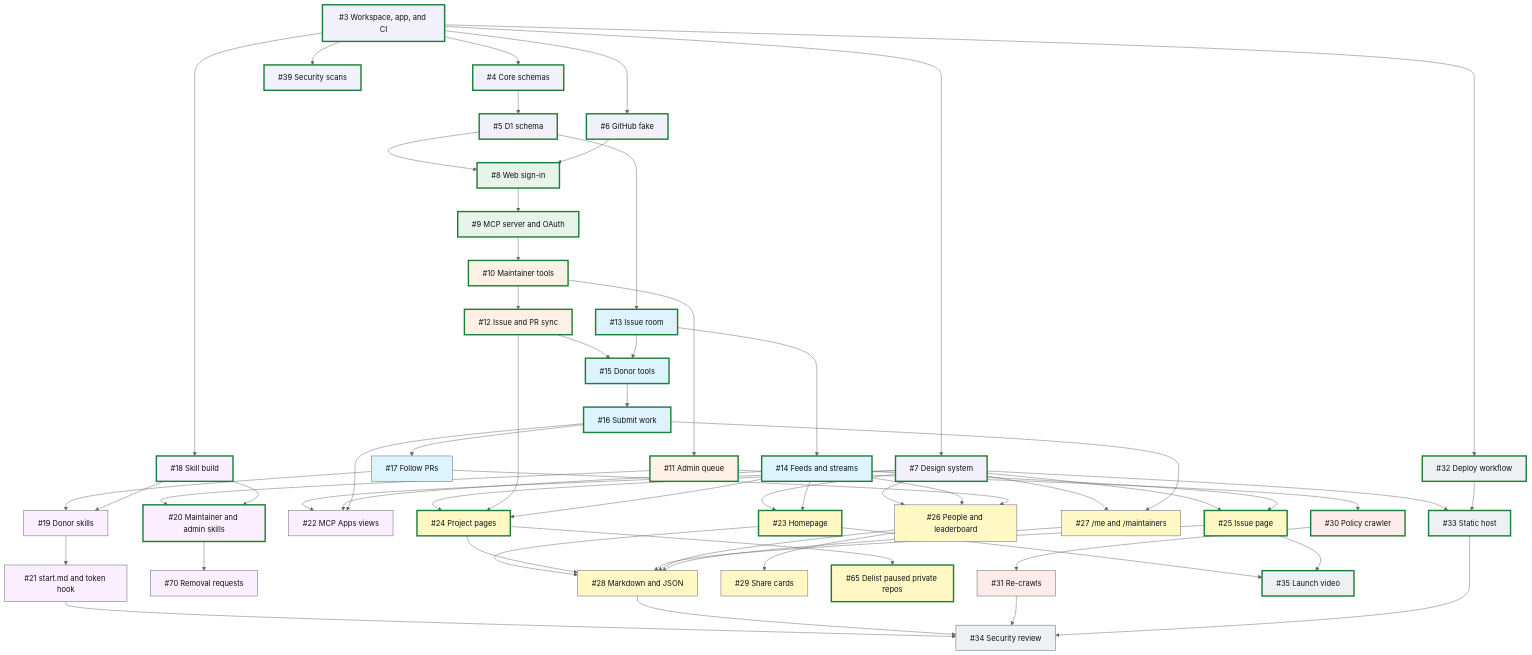
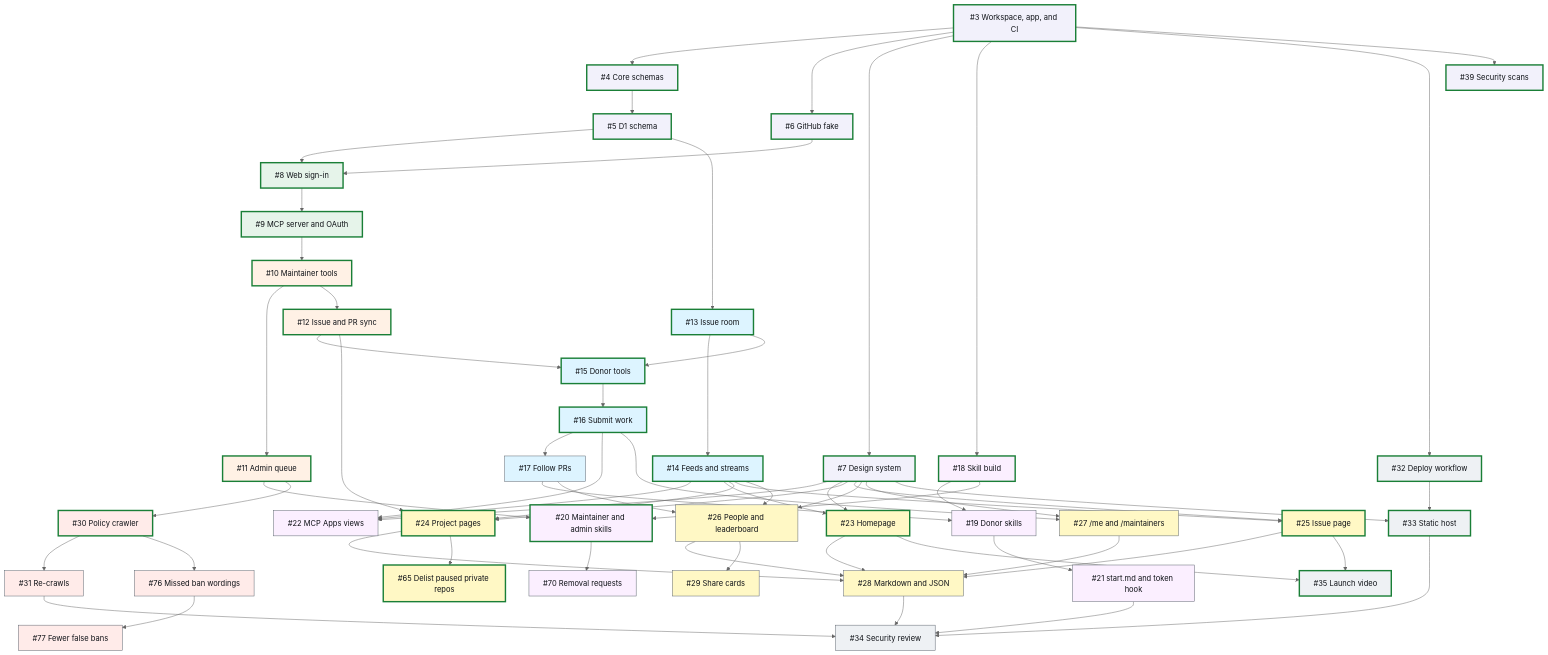
Before and after one commit to meanwhileso/goodfirsttoken: the diagram in ROADMAP.md, drawn with Mermaid (neutral theme). The commit also changed other lines of this file, not shown here.

Commit message:
Add the crawler's follow-ups to the roadmap
- #76 catches the ban wordings the reviews of this PR found that the rules
  miss, and a person-written rule wrapped over two lines.
- #77 reads fewer welcoming policies as bans, after #76.

```diff
--- a/ROADMAP.md
+++ b/ROADMAP.md
@@ -156,6 +158,8 @@
   n65["#65 Delist paused private repos"]:::m6
   n30["#30 Policy crawler"]:::m7
   n31["#31 Re-crawls"]:::m7
+  n76["#76 Missed ban wordings"]:::m7
+  n77["#77 Fewer false bans"]:::m7
   n32["#32 Deploy workflow"]:::m8
   n33["#33 Static host"]:::m8
   n34["#34 Security review"]:::m8
@@ -214,7 +218,9 @@
   n27 --> n28
   n28 --> n34
   n30 --> n31
+  n30 --> n76
   n31 --> n34
+  n76 --> n77
   n32 --> n33
   n33 --> n34
   class n3,n4,n18,n32,n39,n6,n7,n5,n8,n13,n33,n14,n9,n23,n25,n10,n35,n12,n11,n24,n15,n20,n65,n16,n30 done
```
